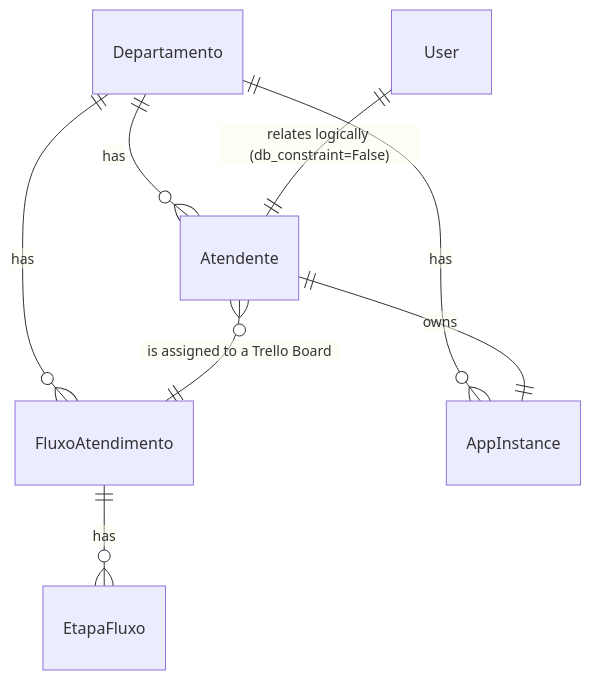
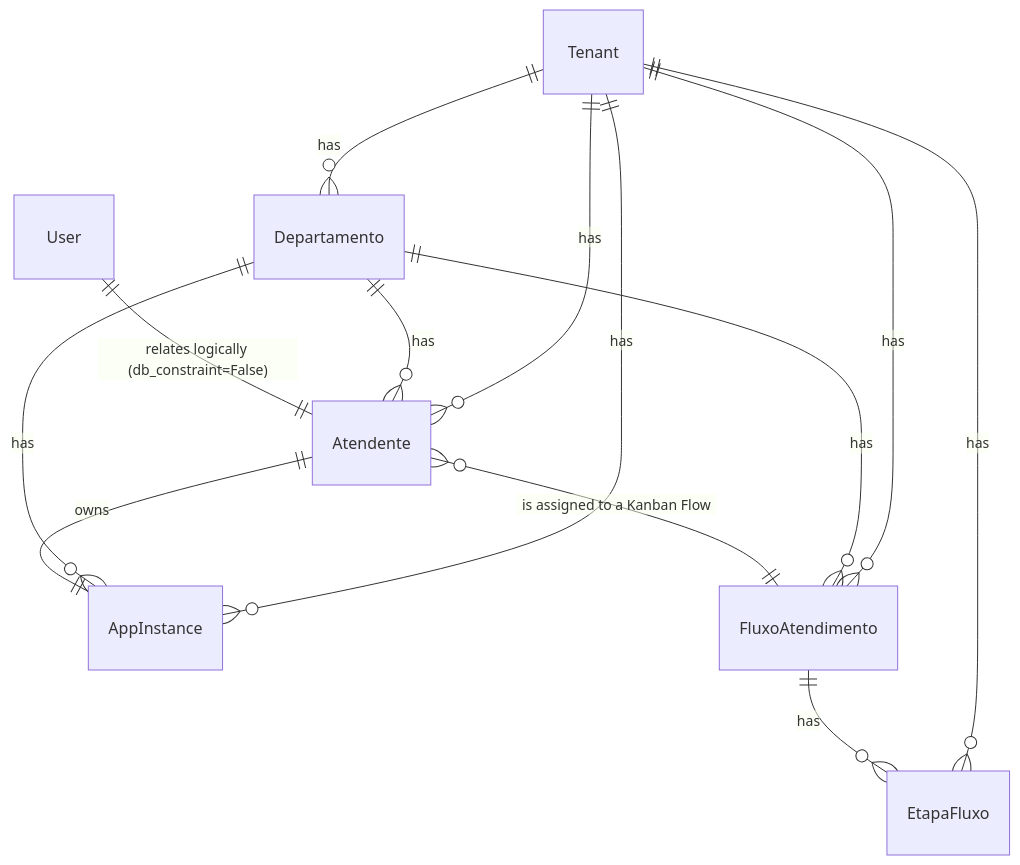
The diagram in smart-agent-config/doc_dev/modelagem_dados/03_modulo_operacional.md (pwlimaverde/smart-core-assistant-v2), drawn with Mermaid before and after one commit. The commit also changed other lines of this file and 11 other files, not shown here.

````diff
--- a/smart-agent-config/doc_dev/modelagem_dados/03_modulo_operacional.md
+++ b/smart-agent-config/doc_dev/modelagem_dados/03_modulo_operacional.md
@@ -9,10 +9,15 @@
 ```mermaid
 erDiagram
+    Tenant ||--o{ Departamento : "has"
+    Tenant ||--o{ Atendente : "has"
+    Tenant ||--o{ AppInstance : "has"
+    Tenant ||--o{ FluxoAtendimento : "has"
+    Tenant ||--o{ EtapaFluxo : "has"
     Departamento ||--o{ Atendente : "has"
     Departamento ||--o{ FluxoAtendimento : "has"
     Departamento ||--o{ AppInstance : "has"
     Atendente ||--|| AppInstance : "owns"
     FluxoAtendimento ||--o{ EtapaFluxo : "has"
-    Atendente }o--|| FluxoAtendimento : "is assigned to a Trello Board"
+    Atendente }o--|| FluxoAtendimento : "is assigned to a Kanban Flow"
     User ||--|| Atendente : "relates logically (db_constraint=False)"
 ```
````
